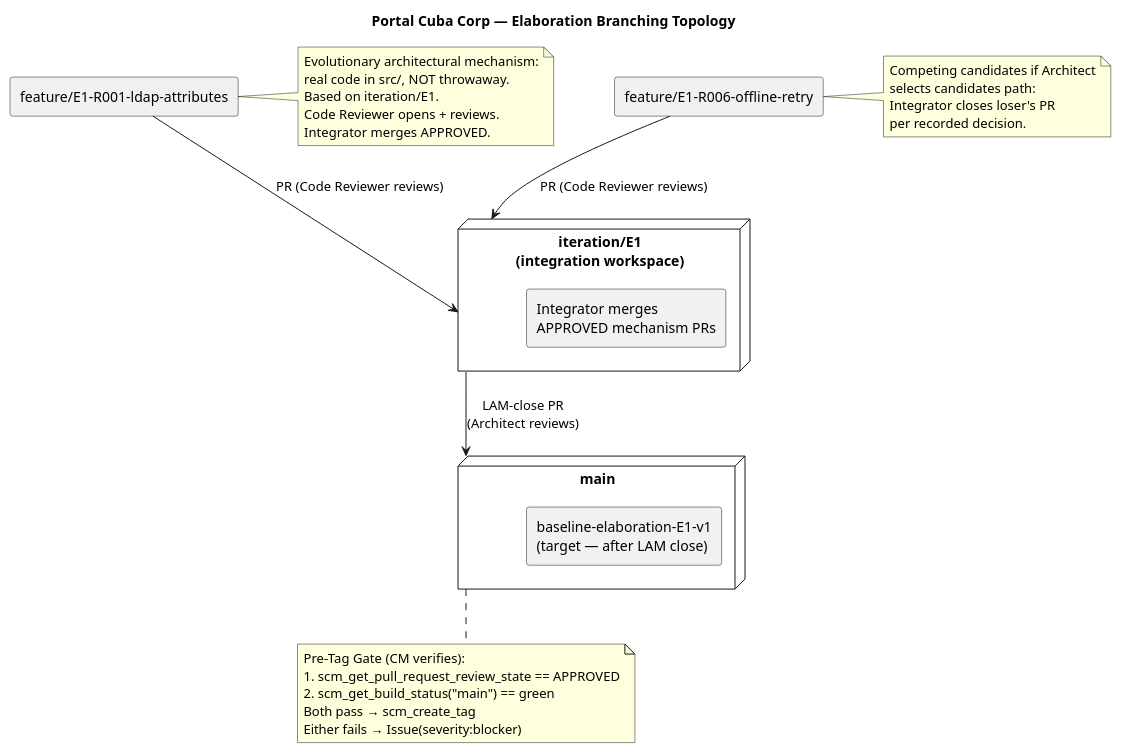
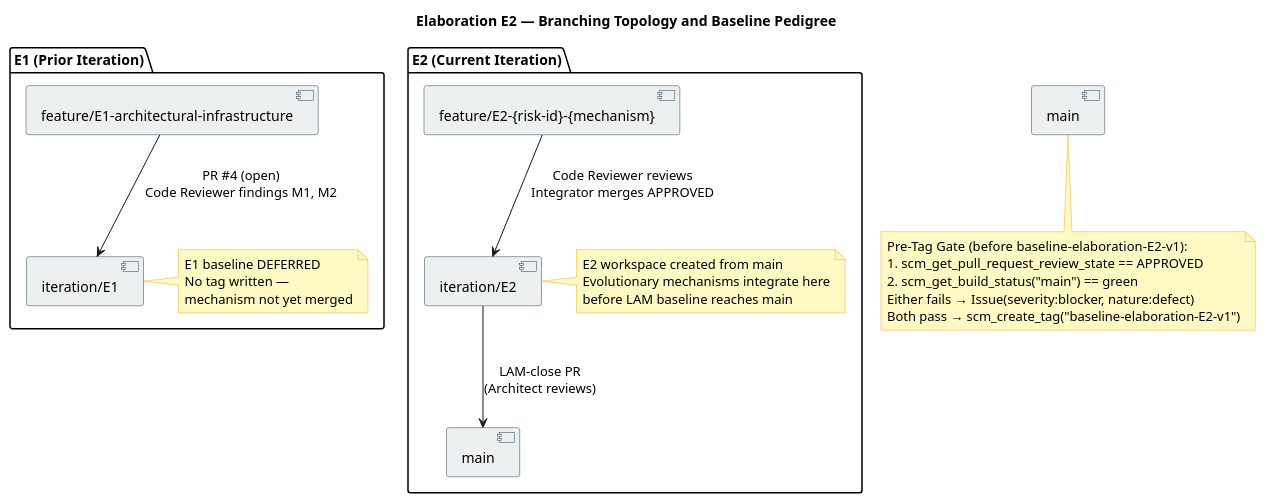
One commit to banense-test/portal-cuba-corp changed the first of 2 diagrams in docs/BRANCHING_STRATEGY.md. Above: the diagram before and after it, drawn with PlantUML. The commit also changed other lines of this file, not shown here.

Commit message:
Update BRANCHING_STRATEGY.md for Elaboration E2 — add E2 workspace, baseline identification scheme, deferred E1 baseline note, updated topology and state machine diagrams

````diff
--- a/docs/BRANCHING_STRATEGY.md
+++ b/docs/BRANCHING_STRATEGY.md
@@ -68,48 +154,48 @@
 ```plantuml
 @startuml
-title Portal Cuba Corp — Elaboration Branching Topology
+title Elaboration E2 — Branching Topology and Baseline Pedigree
 
-skinparam componentStyle rectangle
-skinparam nodesep 60
-skinparam ranksep 60
-
-node "main" as main {
-  component "baseline-elaboration-E1-v1\n(target — after LAM close)" as baseline
+skinparam component {
+  BackgroundColor #ECF0F1
+  BorderColor #2C3E50
 }
 
-node "iteration/E1\n(integration workspace)" as iterE1 {
-  component "Integrator merges\nAPPROVED mechanism PRs" as integrator
+skinparam note {
+  BackgroundColor #FFF9C4
+  BorderColor #F9A825
 }
 
-component "feature/E1-R001-ldap-attributes" as featR001
-component "feature/E1-R006-offline-retry" as featR006
+package "E1 (Prior Iteration)" {
+  [feature/E1-architectural-infrastructure] as E1FEAT
+  [iteration/E1] as E1INT
+  E1FEAT --> E1INT : PR #4 (open)\nCode Reviewer findings M1, M2
+  note right of E1INT
+    E1 baseline DEFERRED
+    No tag written —
+    mechanism not yet merged
+  end note
+}
 
-featR001 --> iterE1 : PR (Code Reviewer reviews)
-featR006 --> iterE1 : PR (Code Reviewer reviews)
-iterE1 --> main : LAM-close PR\n(Architect reviews)
+package "E2 (Current Iteration)" {
+  [feature/E2-{risk-id}-{mechanism}] as E2FEAT
+  [iteration/E2] as E2INT
+  E2FEAT --> E2INT : Code Reviewer reviews\nIntegrator merges APPROVED
+  E2INT --> [main] : LAM-close PR\n(Architect reviews)
+  note right of E2INT
+    E2 workspace created from main
+    Evolutionary mechanisms integrate here
+    before LAM baseline reaches main
+  end note
+}
 
-note right of featR001
-  Evolutionary architectural mechanism:
-  real code in src/, NOT throwaway.
-  Based on iteration/E1.
-  Code Reviewer opens + reviews.
-  Integrator merges APPROVED.
-end note
-
-note right of featR006
-  Competing candidates if Architect
-  selects candidates path:
-  Integrator closes loser's PR
-  per recorded decision.
-end note
-
-note bottom of main
-  Pre-Tag Gate (CM verifies):
+[main] as MAIN
+note bottom of MAIN
+  Pre-Tag Gate (before baseline-elaboration-E2-v1):
   1. scm_get_pull_request_review_state == APPROVED
   2. scm_get_build_status("main") == green
-  Both pass → scm_create_tag
-  Either fails → Issue(severity:blocker)
+  Either fails → Issue(severity:blocker, nature:defect)
+  Both pass → scm_create_tag("baseline-elaboration-E2-v1")
 end note
 
 @enduml
 ```
````
